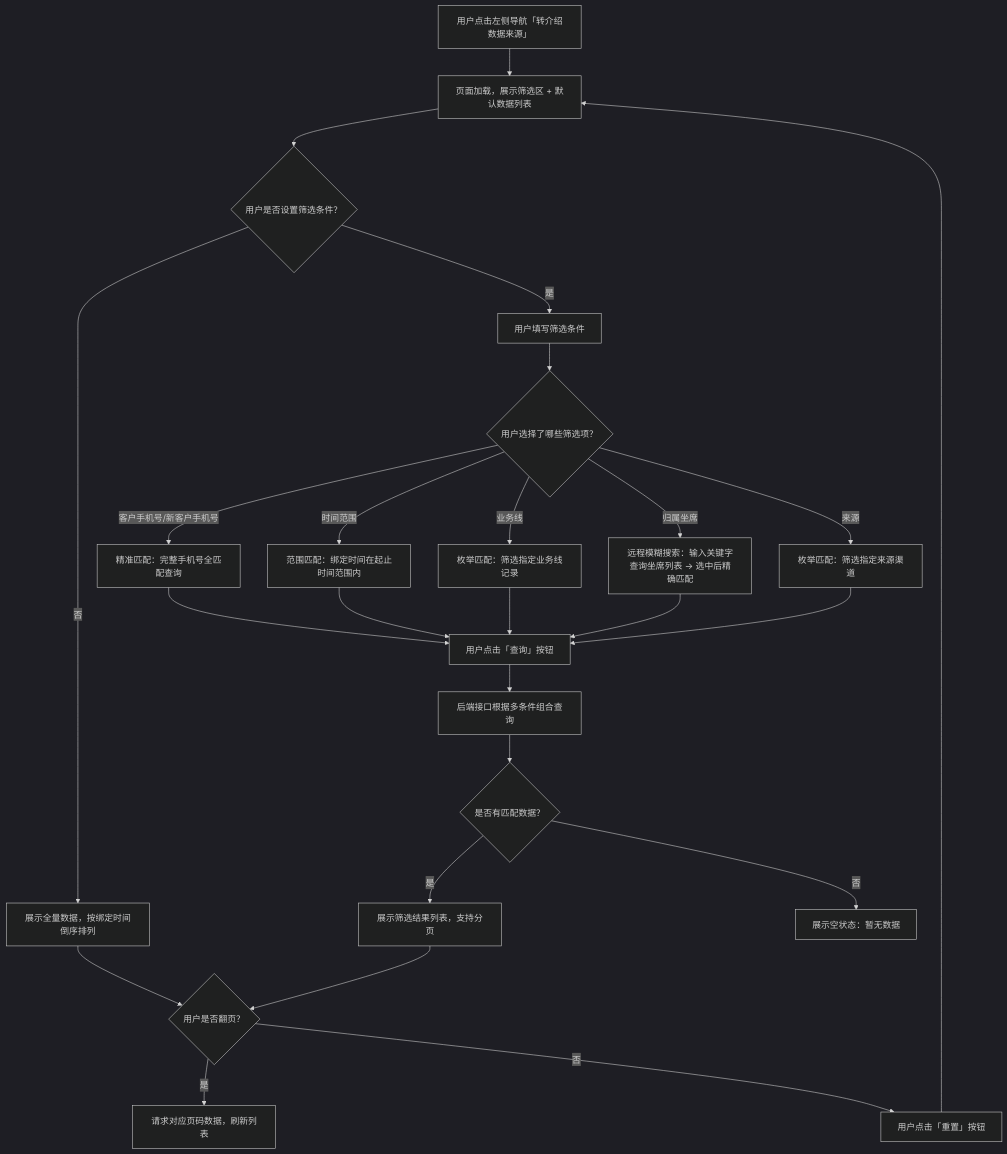
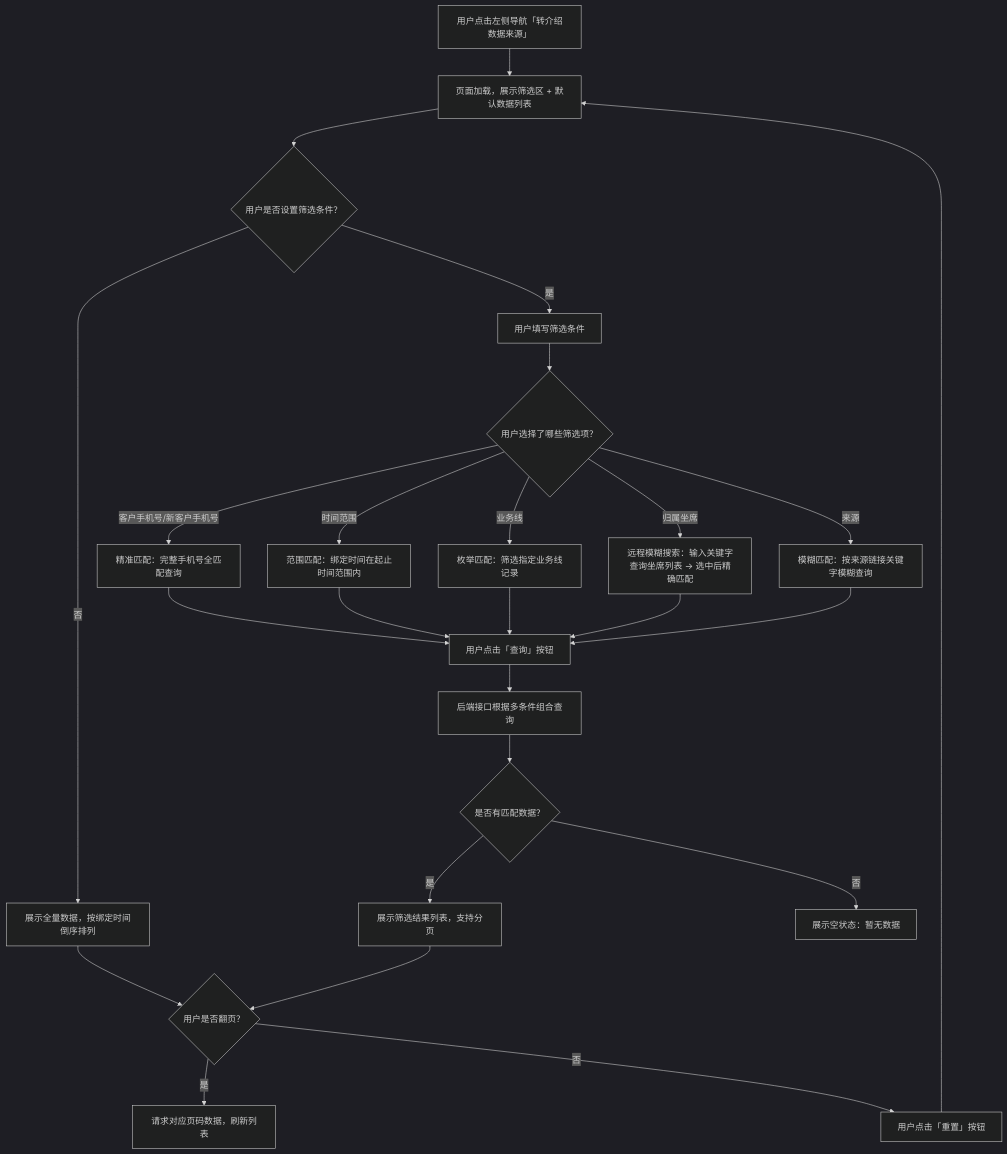
The diagram in 转介绍数据来源-PRD.md (Yping-98/referral-data-source), drawn with Mermaid (dark theme) before and after one commit. The commit also changed other lines of this file and 1 other file, not shown here.

````diff
--- a/转介绍数据来源-PRD.md
+++ b/转介绍数据来源-PRD.md
@@ -49,23 +49,23 @@
 ```mermaid
 flowchart TD
     A[用户点击左侧导航「转介绍数据来源」] --> B[页面加载，展示筛选区 + 默认数据列表]
     B --> C{用户是否设置筛选条件？}
     C -->|否| D[展示全量数据，按绑定时间倒序排列]
     C -->|是| E[用户填写筛选条件]
     E --> F{用户选择了哪些筛选项？}
     F -->|客户手机号/新客户手机号| G[精准匹配：完整手机号全匹配查询]
     F -->|时间范围| H[范围匹配：绑定时间在起止时间范围内]
     F -->|业务线| I[枚举匹配：筛选指定业务线记录]
     F -->|归属坐席| J[远程模糊搜索：输入关键字查询坐席列表 → 选中后精确匹配]
-    F -->|来源| K[枚举匹配：筛选指定来源渠道]
+    F -->|来源| K[模糊匹配：按来源链接关键字模糊查询]
     G & H & I & J & K --> L[用户点击「查询」按钮]
     L --> M[后端接口根据多条件组合查询]
     M --> N{是否有匹配数据？}
     N -->|是| O[展示筛选结果列表，支持分页]
     N -->|否| P[展示空状态：暂无数据]
     O --> Q{用户是否翻页？}
     Q -->|是| R[请求对应页码数据，刷新列表]
     Q -->|否| S[用户点击「重置」按钮]
     S --> B
     D --> Q
 ```
````
